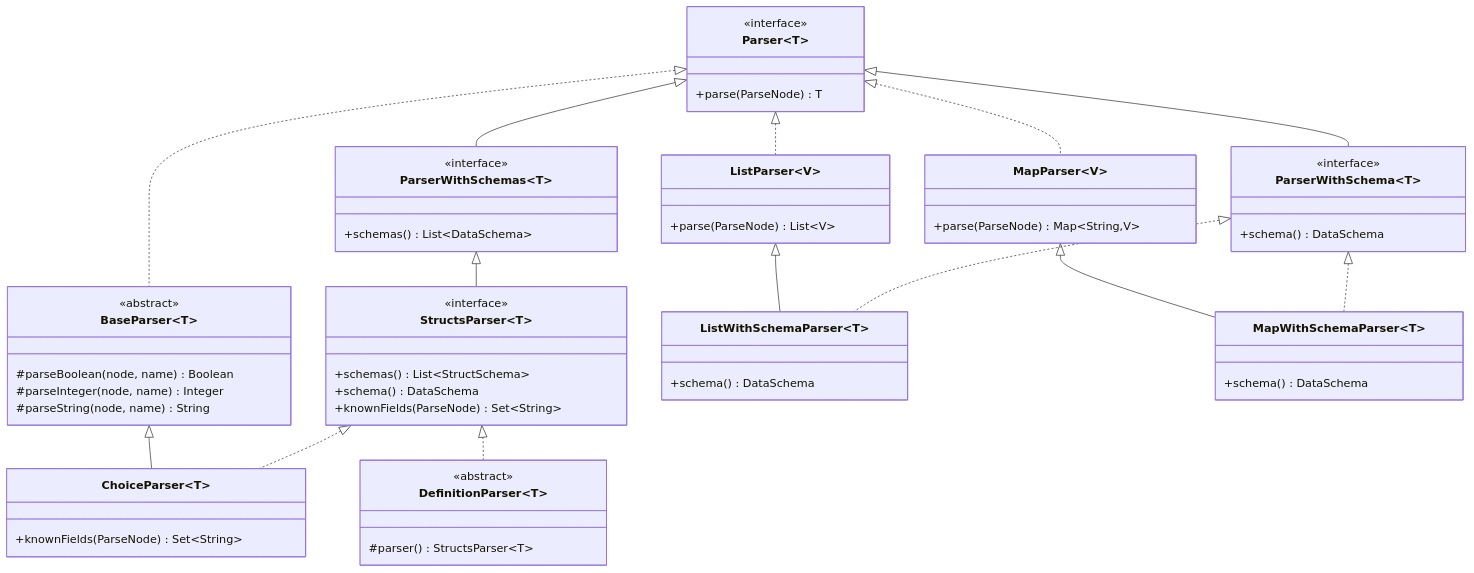
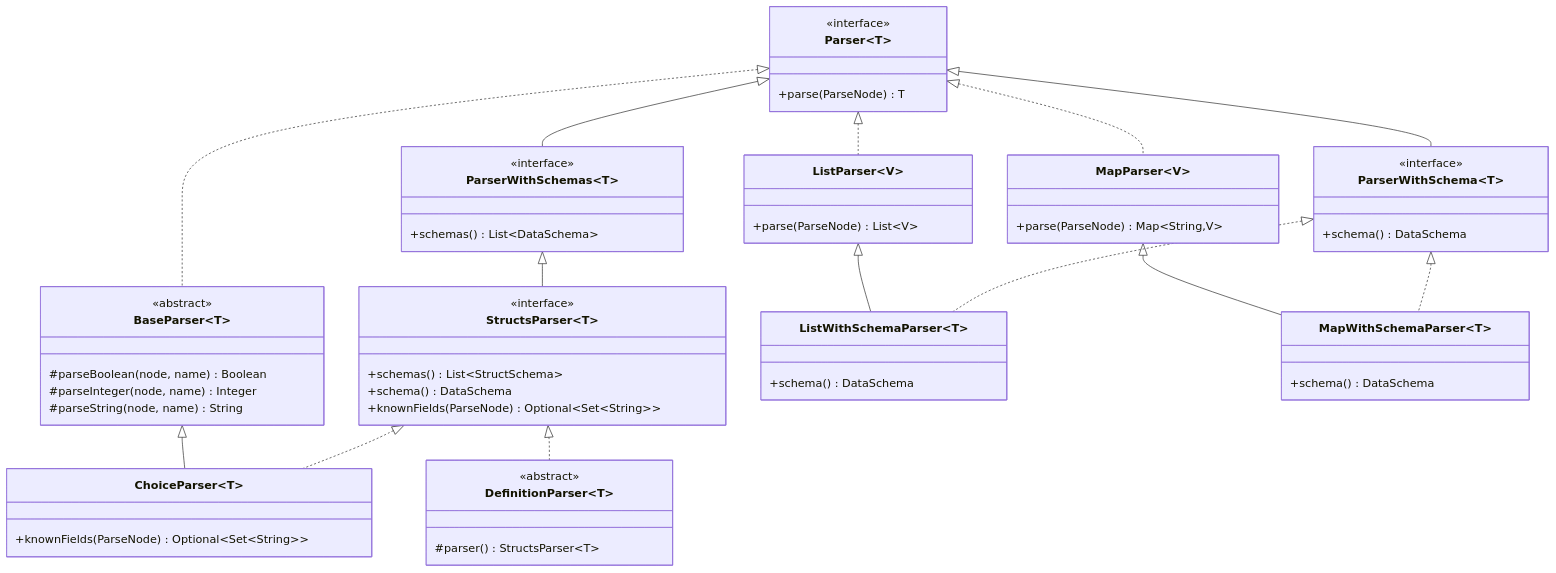
One commit to Axual/ksml changed the third of 4 diagrams in developerdocs/parser-architecture.md. Above: the diagram before and after it, drawn with Mermaid. The commit also changed other lines of this file and 4 other files, not shown here.

````diff
--- a/developerdocs/parser-architecture.md
+++ b/developerdocs/parser-architecture.md
@@ -289,60 +291,60 @@
 ```mermaid
 classDiagram
     class Parser~T~ {
         <<interface>>
         +parse(ParseNode) T
     }
     class BaseParser~T~ {
         <<abstract>>
         #parseBoolean(node, name) Boolean
         #parseInteger(node, name) Integer
         #parseString(node, name) String
     }
     class ListParser~V~ {
         +parse(ParseNode) List~V~
     }
     class MapParser~V~ {
         +parse(ParseNode) Map~String,V~
     }
     class ParserWithSchema~T~ {
         <<interface>>
         +schema() DataSchema
     }
     class ParserWithSchemas~T~ {
         <<interface>>
         +schemas() List~DataSchema~
     }
     class StructsParser~T~ {
         <<interface>>
         +schemas() List~StructSchema~
         +schema() DataSchema
-        +knownFields(ParseNode) Set~String~
+        +knownFields(ParseNode) Optional~Set~String~~
     }
     class ChoiceParser~T~ {
-        +knownFields(ParseNode) Set~String~
+        +knownFields(ParseNode) Optional~Set~String~~
     }
     class ListWithSchemaParser~T~ {
         +schema() DataSchema
     }
     class MapWithSchemaParser~T~ {
         +schema() DataSchema
     }
     class DefinitionParser~T~ {
         <<abstract>>
         #parser() StructsParser~T~
     }
 
     Parser <|.. BaseParser
     Parser <|.. ListParser
     Parser <|.. MapParser
     Parser <|-- ParserWithSchema
     Parser <|-- ParserWithSchemas
     ParserWithSchemas <|-- StructsParser
     ListParser <|-- ListWithSchemaParser
     ParserWithSchema <|.. ListWithSchemaParser
     MapParser <|-- MapWithSchemaParser
     ParserWithSchema <|.. MapWithSchemaParser
     StructsParser <|.. DefinitionParser
     BaseParser <|-- ChoiceParser
     StructsParser <|.. ChoiceParser
 ```
````
